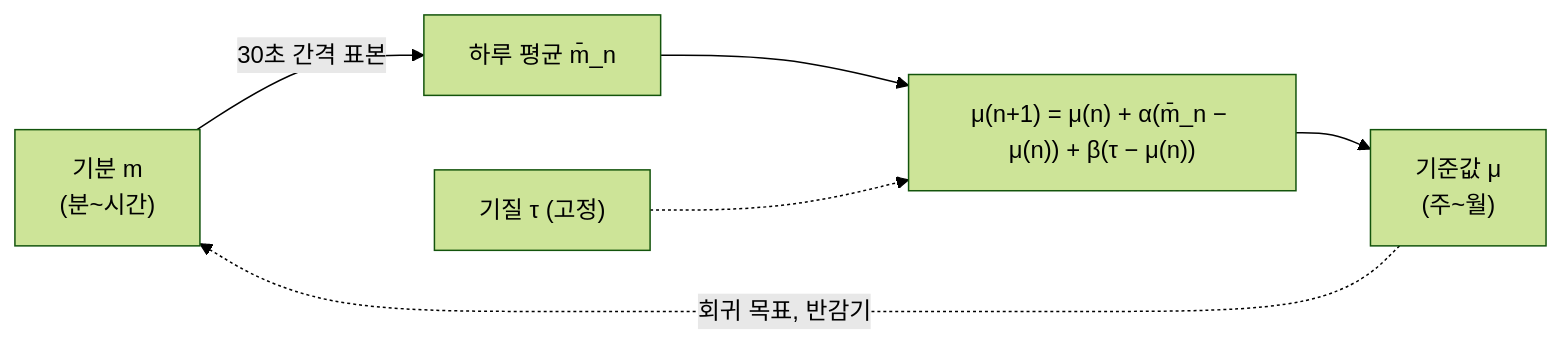
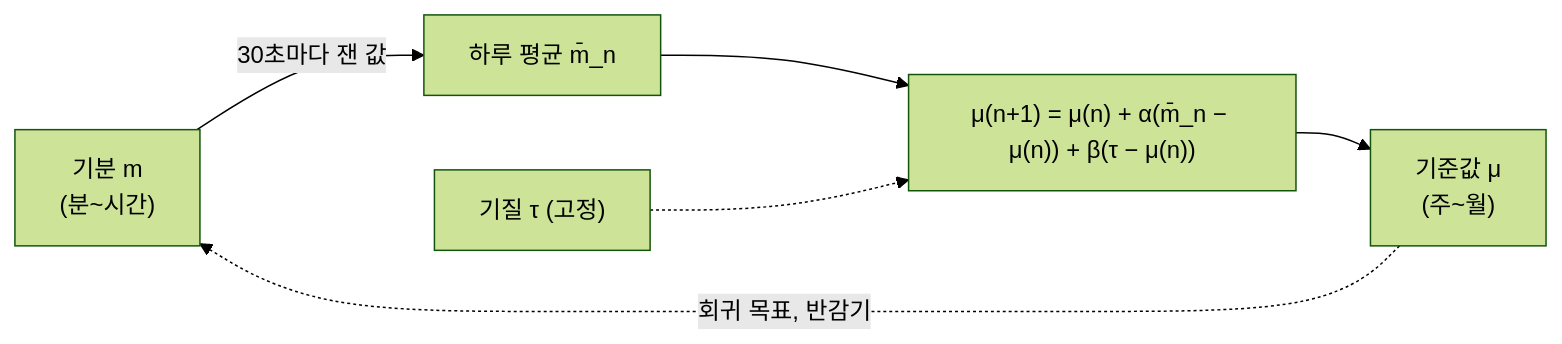
One commit to HEOSEONGILml/AssistantChatBot changed the fourth of 10 diagrams in ARCHITECTURE.md. Above: the diagram before and after it, drawn with Mermaid (forest theme). The commit also changed other lines of this file and 13 other files, not shown here.

````diff
--- a/ARCHITECTURE.md
+++ b/ARCHITECTURE.md
@@ -157,8 +158,8 @@
 ```mermaid
 flowchart LR
-  M["기분 m<br>(분~시간)"] -->|"30초 간격 표본"| AVG["하루 평균 m̄_n"]
+  M["기분 m<br>(분~시간)"] -->|"30초마다 잰 값"| AVG["하루 평균 m̄_n"]
   AVG --> UPD["μ(n+1) = μ(n) + α(m̄_n − μ(n)) + β(τ − μ(n))"]
   TAU["기질 τ (고정)"] -.-> UPD
   UPD --> MU["기준값 μ<br>(주~월)"]
   MU -.->|"회귀 목표, 반감기"| M
 ```
````
